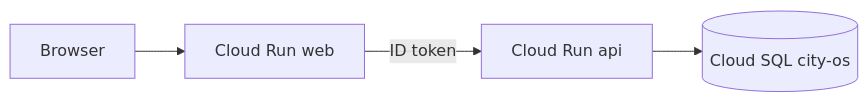
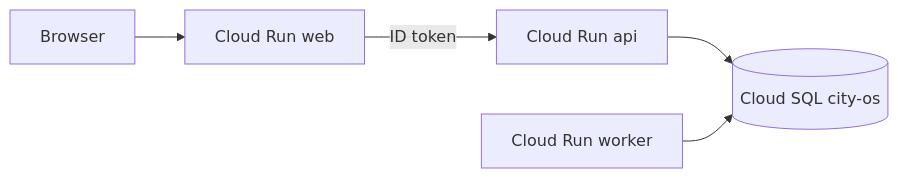
One commit to cheslav-zhur/smart-city-os changed the diagram in docs/deploy-gcp.md. Above: the diagram before and after it, drawn with Mermaid. The commit also changed other lines of this file and 4 other files, not shown here.

First line of the commit message:
chore(dev): host the job worker on Cloud Run

````diff
--- a/docs/deploy-gcp.md
+++ b/docs/deploy-gcp.md
@@ -36,6 +37,7 @@
 ```mermaid
 flowchart LR
   browser[Browser] --> web[Cloud Run web]
   web -->|ID token| api[Cloud Run api]
   api --> sql[(Cloud SQL city-os)]
+  worker[Cloud Run worker] --> sql
 ```
````
